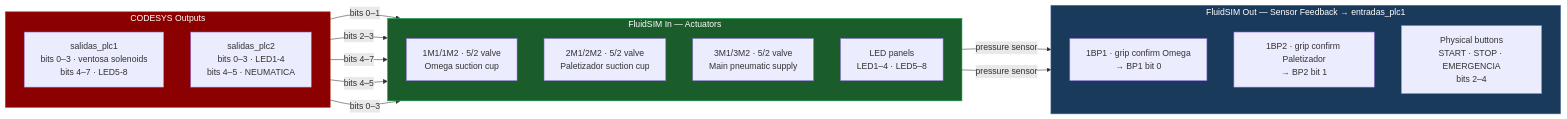
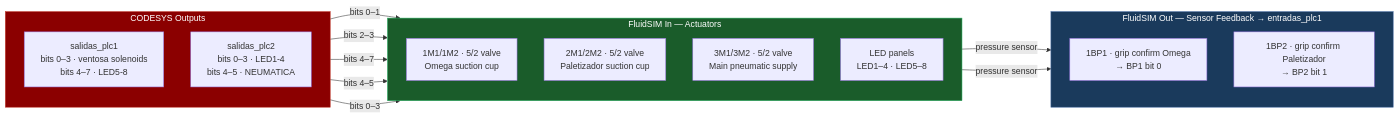
The third of 16 diagrams in README.md (jorgefajardom-coder/drone-packaging-simulation-unity), drawn with Mermaid before and after one commit. The commit also changed other lines of this file, not shown here.

````diff
--- a/README.md
+++ b/README.md
@@ -315,35 +313,34 @@
 ```mermaid
 graph LR
     subgraph CMD["CODESYS Outputs"]
         direction TB
         PLC1["salidas_plc1\nbits 0–3 · ventosa solenoids\nbits 4–7 · LED5-8"]
         PLC2["salidas_plc2\nbits 0–3 · LED1-4\nbits 4–5 · NEUMATICA"]
     end
 
     subgraph ACT["FluidSIM In — Actuators"]
         direction TB
         V1["1M1/1M2 · 5/2 valve\nOmega suction cup"]
         V2["2M1/2M2 · 5/2 valve\nPaletizador suction cup"]
         V3["3M1/3M2 · 5/2 valve\nMain pneumatic supply"]
         LC["LED panels\nLED1–4 · LED5–8"]
     end
 
     subgraph SENS["FluidSIM Out — Sensor Feedback → entradas_plc1"]
         direction TB
         S1["1BP1 · grip confirm Omega\n→ BP1 bit 0"]
         S2["1BP2 · grip confirm Paletizador\n→ BP2 bit 1"]
-        S3["Physical buttons\nSTART · STOP · EMERGENCIA\nbits 2–4"]
     end
 
     PLC1 -->|"bits 0–1"| V1
     PLC1 -->|"bits 2–3"| V2
     PLC1 -->|"bits 4–7"| LC
     PLC2 -->|"bits 4–5"| V3
     PLC2 -->|"bits 0–3"| LC
     V1 -->|"pressure sensor"| S1
     V2 -->|"pressure sensor"| S2
 
     style CMD  fill:#8b0000,color:#fff,stroke:#c0392b
     style ACT  fill:#1a5c2a,color:#fff,stroke:#27ae60
     style SENS fill:#1a3a5c,color:#fff,stroke:#4a6fa5
 ```
````
